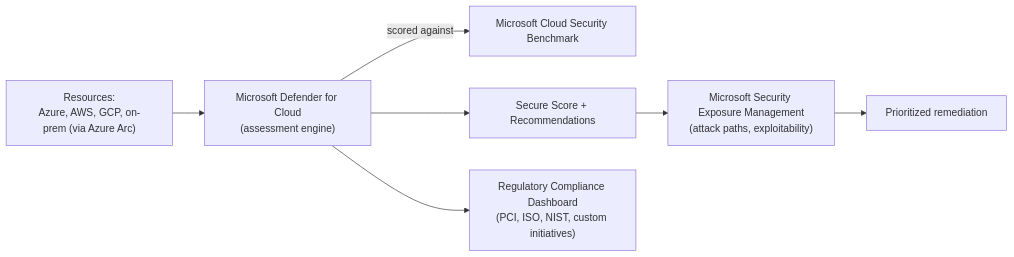
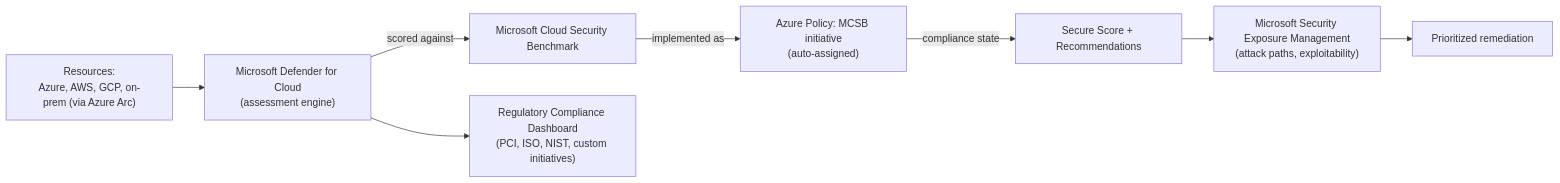
The first of 2 diagrams in 03 Infrastructure/Security Posture Assessments.md (DhruvKai/SC-100), drawn with Mermaid before and after one commit. The commit also changed other lines of this file and 21 other files, not shown here.

````diff
--- a/03 Infrastructure/Security Posture Assessments.md
+++ b/03 Infrastructure/Security Posture Assessments.md
@@ -43,9 +44,10 @@
 ```mermaid
 flowchart LR
     R["Resources:<br/>Azure, AWS, GCP, on-prem (via Azure Arc)"] --> DC["Microsoft Defender for Cloud<br/>(assessment engine)"]
     DC -->|scored against| MCSB["Microsoft Cloud Security Benchmark"]
-    DC --> SS["Secure Score + Recommendations"]
+    MCSB -->|implemented as| Policy["Azure Policy: MCSB initiative<br/>(auto-assigned)"]
+    Policy -->|compliance state| SS["Secure Score + Recommendations"]
     DC --> RC["Regulatory Compliance Dashboard<br/>(PCI, ISO, NIST, custom initiatives)"]
     SS --> SEM["Microsoft Security Exposure Management<br/>(attack paths, exploitability)"]
     SEM --> Rem["Prioritized remediation"]
 ```
````
